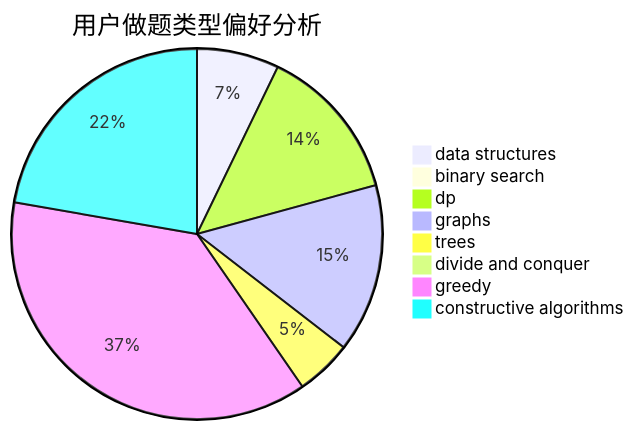
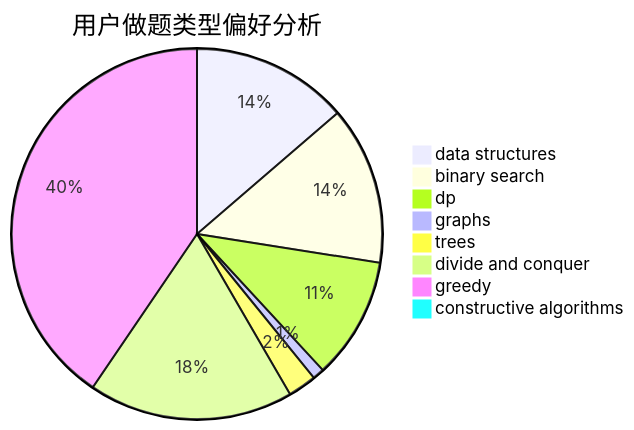
The second of 3 diagrams in docs/user/u399.md (sherpahu/cfrs.github.io), drawn with Mermaid before and after one commit. The commit also changed other lines of this file and 2770 other files, not shown here.

````diff
--- a/docs/user/u399.md
+++ b/docs/user/u399.md
@@ -23,11 +23,11 @@
 ```mermaid
 pie title 用户做题类型偏好分析
-    "data structures" :  19
-    "binary search" :  1
-    "dp" :  36
-    "graphs" :  39
-    "trees" :  13
-    "divide and conquer" :  0
-    "greedy" :  99
-    "constructive algorithms" :  59
+    "data structures" :  121
+    "binary search" :  122
+    "dp" :  94
+    "graphs" :  9
+    "trees" :  22
+    "divide and conquer" :  158
+    "greedy" :  358
+    "constructive algorithms" :  2
 ```
````
